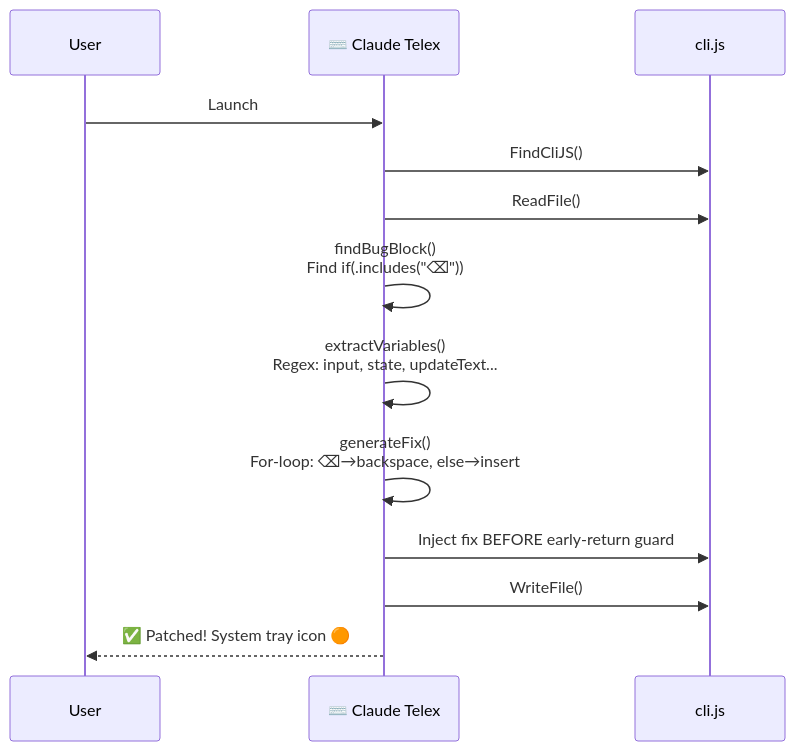
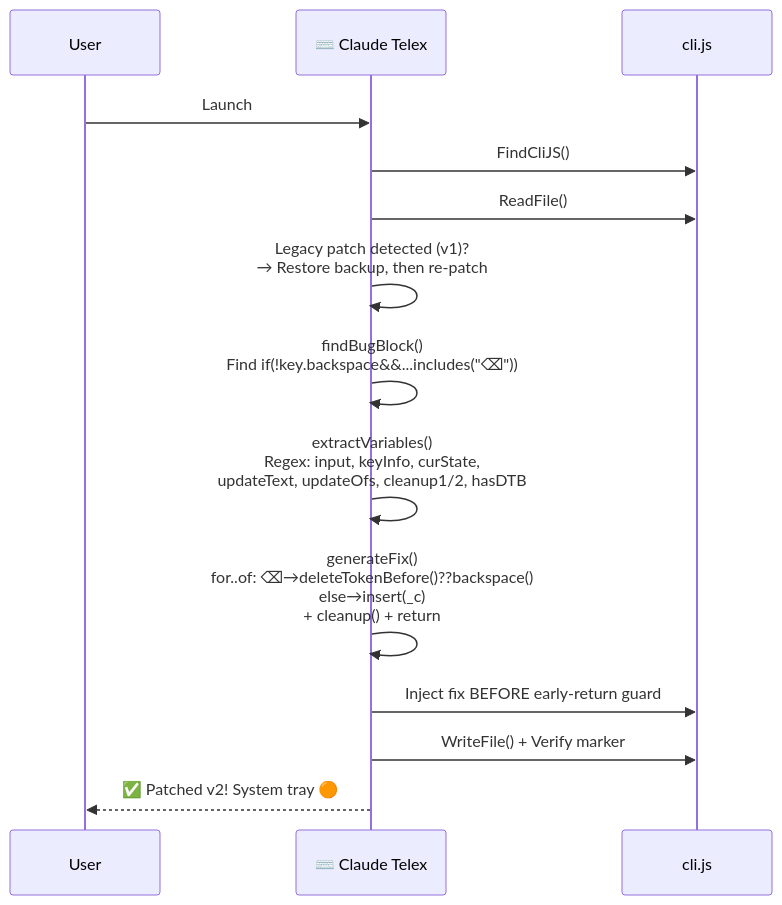
The sixth of 6 diagrams in README.md (nguyenhx2/Claude-Telex), drawn with Mermaid before and after one commit. The commit also changed other lines of this file, not shown here.

Commit message:
docs: update README with v2 patch algorithm, root cause analysis, dev commands

````diff
--- a/README.md
+++ b/README.md
@@ -320,16 +381,17 @@
 ```mermaid
 sequenceDiagram
     participant U as User
     participant CT as ⌨️ Claude Telex
     participant JS as cli.js
-    
+
     U->>CT: Launch
     CT->>JS: FindCliJS()
     CT->>JS: ReadFile()
-    CT->>CT: findBugBlock()<br/>Find if(.includes("⌫"))
-    CT->>CT: extractVariables()<br/>Regex: input, state, updateText...
-    CT->>CT: generateFix()<br/>For-loop: ⌫→backspace, else→insert
+    CT->>CT: Legacy patch detected (v1)?<br/>→ Restore backup, then re-patch
+    CT->>CT: findBugBlock()<br/>Find if(!key.backspace&&...includes("⌫"))
+    CT->>CT: extractVariables()<br/>Regex: input, keyInfo, curState,<br/>updateText, updateOfs, cleanup1/2, hasDTB
+    CT->>CT: generateFix()<br/>for..of: ⌫→deleteTokenBefore()??backspace()<br/>else→insert(_c)<br/>+ cleanup() + return
     CT->>JS: Inject fix BEFORE early-return guard
-    CT->>JS: WriteFile()
-    CT-->>U: ✅ Patched! System tray icon 🟠
+    CT->>JS: WriteFile() + Verify marker
+    CT-->>U: ✅ Patched v2! System tray 🟠
 ```
````
